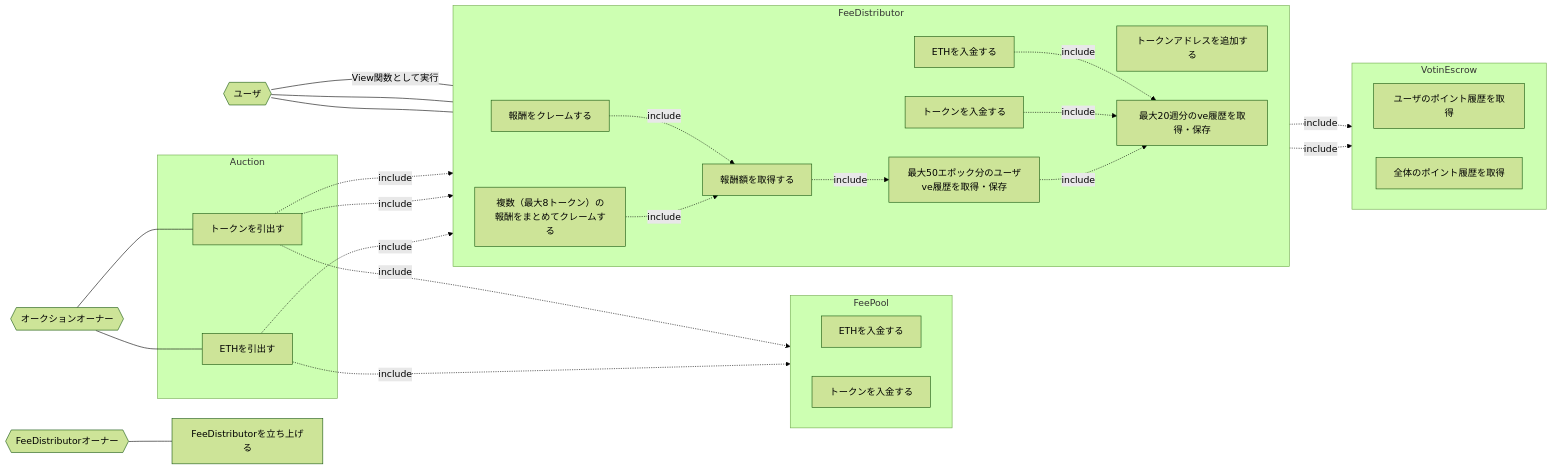
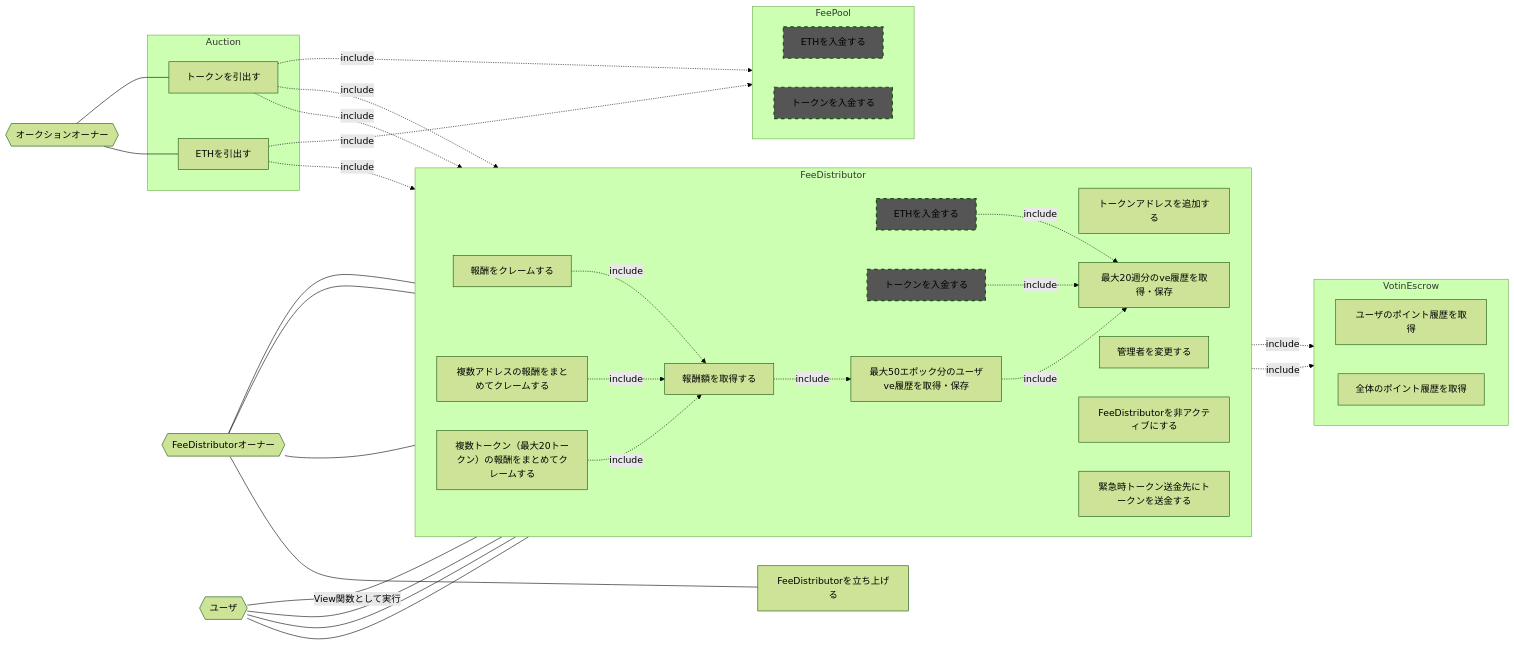
The diagram in doc/ja/FeeDistributor/usecase.md (DeFiGeek-Community/yamawake), drawn with Mermaid (forest theme) before and after one commit. The commit also changed 1 other file, not shown here.

Commit message:
Updated docs for FeeDistributor

```diff
--- a/doc/ja/FeeDistributor/usecase.md
+++ b/doc/ja/FeeDistributor/usecase.md
@@ -30,14 +30,21 @@
     send_fee_eth[ETHを入金する]
     send_fee_erc20[トークンを入金する]
     claim[報酬をクレームする]
-    claim_many[複数（最大8トークン）の報酬をまとめてクレームする]
+    claim_many[複数アドレスの報酬をまとめてクレームする]
+    claim_many_tokens[複数トークン（最大20トークン）の報酬をまとめてクレームする]
     claimable_token[報酬額を取得する]
     user_point_history[ユーザのポイント履歴を取得]
     point_history[全体のポイント履歴を取得]
     sync_ve[最大20週分のve履歴を取得・保存]
     sync_user_ve[最大50エポック分のユーザve履歴を取得・保存]
+    set_admin[管理者を変更する]
+    kill[FeeDistributorを非アクティブにする]
+    evacuate[緊急時トークン送金先にトークンを送金する]
 
     owner --- deploy
+    owner --- kill
+    owner --- evacuate
+    owner --- set_admin
 
     auction_owner --- withdraw_ether
     auction_owner --- withdraw_erc20
@@ -53,15 +60,20 @@
 
     user --- claim
     user --- claim_many
+    user --- claim_many_tokens
     user ---|View関数として実行| claimable_token
 
     claim -.->|include| claimable_token
     claim_many -.->|include| claimable_token
+    claim_many_tokens -.->|include| claimable_token
     claimable_token -.->|include| sync_user_ve
 
     sync_user_ve -.->|include| sync_ve
     sync_user_ve -.->|include| user_point_history
     sync_ve -.->|include| point_history
+
+    classDef green fill:#555,stroke-width:2px,stroke-dasharray:6;
+    class send_fee_eth,send_fee_erc20,deposit_reward_ether,deposit_reward_token green
 
     subgraph Auction
         withdraw_ether
@@ -76,11 +88,15 @@
 
     subgraph FeeDistributor
         direction LR
+        kill
+        evacuate
+        set_admin
         add_reward
         deposit_reward_token
         deposit_reward_ether
         claim
         claim_many
+        claim_many_tokens
         claimable_token
         sync_ve
         sync_user_ve
```
